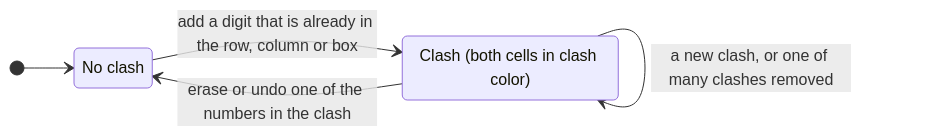
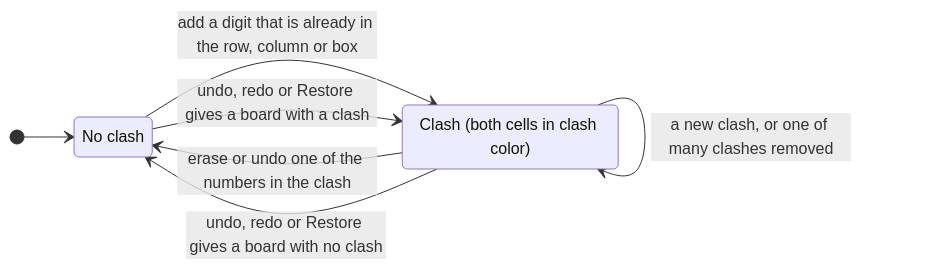
One commit to garbles/sudoku changed the fifth of 14 diagrams in REQUIREMENTS.md. Above: the diagram before and after it, drawn with Mermaid. The commit also changed other lines of this file and 50 other files, not shown here.

````diff
--- a/REQUIREMENTS.md
+++ b/REQUIREMENTS.md
@@ -443,10 +458,12 @@
 ```mermaid
 stateDiagram-v2
     direction LR
     state "No clash" as Ok
     state "Clash (both cells in clash color)" as Clash
     [*] --> Ok
     Ok --> Clash: add a digit that is already in the row, column or box
     Clash --> Ok: erase or undo one of the numbers in the clash
     Clash --> Clash: a new clash, or one of many clashes removed
+    Ok --> Clash: undo, redo or Restore gives a board with a clash
+    Clash --> Ok: undo, redo or Restore gives a board with no clash
 ```
````
